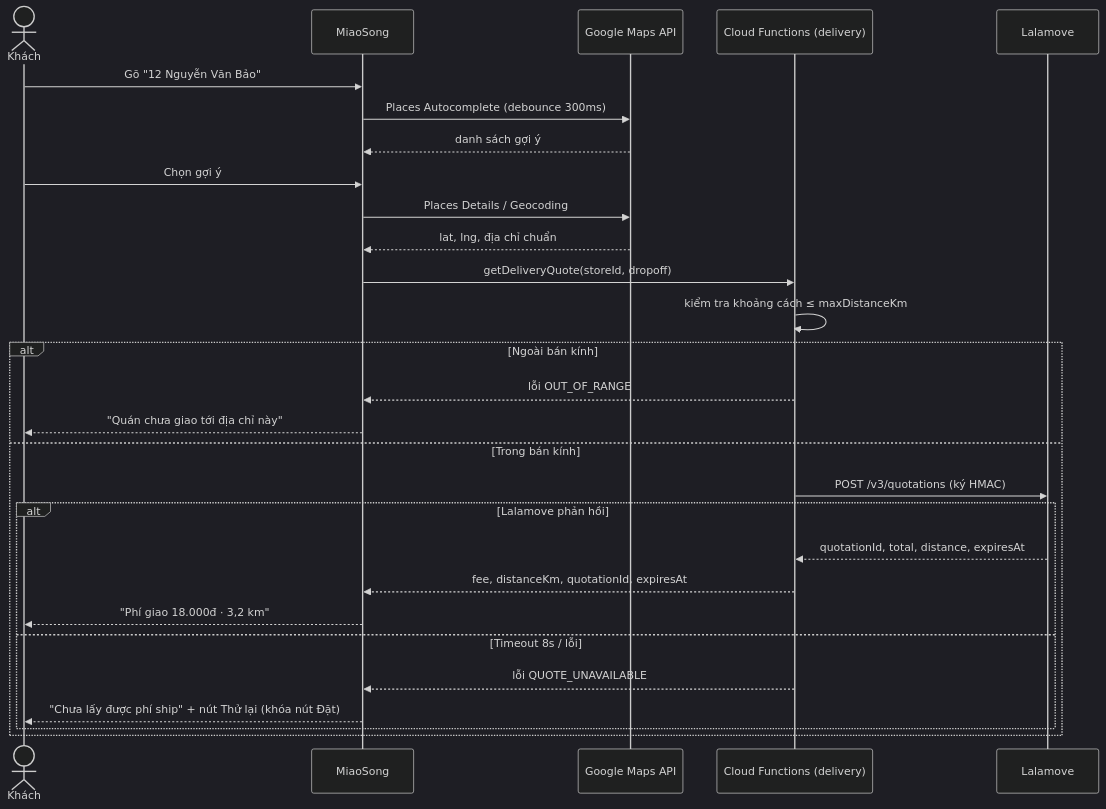
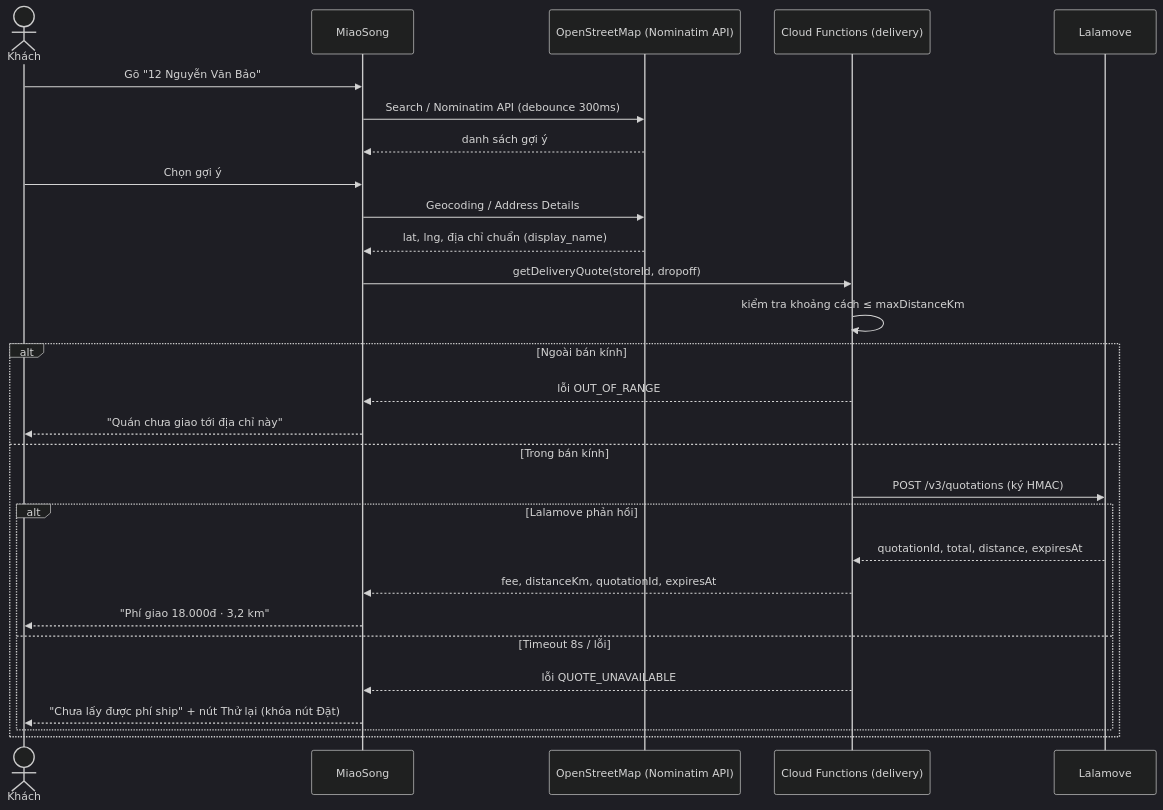
One commit to thanhpino/MobileAppFinalProject-MiaoSong changed the third of 16 diagrams in docs/04-sequence-diagrams.md. Above: the diagram before and after it, drawn with Mermaid (dark theme). The commit also changed other lines of this file and 51 other files, not shown here.

Commit message:
- completed class diagrams - completed activity diagrams - completed use case diagrams - completed test plans - adjusted the sequence diagrams from TMT after changing from vnpay to zalopay, and ggmap to openstreetmap

````diff
--- a/docs/04-sequence-diagrams.md
+++ b/docs/04-sequence-diagrams.md
@@ -93,30 +96,30 @@
 ```mermaid
 sequenceDiagram
     actor KH as Khách
     participant APP as MiaoSong
-    participant GM as Google Maps API
+    participant OSM as OpenStreetMap (Nominatim API)
     participant CF as Cloud Functions (delivery)
     participant LL as Lalamove
     KH->>APP: Gõ "12 Nguyễn Văn Bảo"
-    APP->>GM: Places Autocomplete (debounce 300ms)
-    GM-->>APP: danh sách gợi ý
+    APP->>OSM: Search / Nominatim API (debounce 300ms)
+    OSM-->>APP: danh sách gợi ý
     KH->>APP: Chọn gợi ý
-    APP->>GM: Places Details / Geocoding
-    GM-->>APP: lat, lng, địa chỉ chuẩn
+    APP->>OSM: Geocoding / Address Details
+    OSM-->>APP: lat, lng, địa chỉ chuẩn (display_name)
     APP->>CF: getDeliveryQuote(storeId, dropoff)
     CF->>CF: kiểm tra khoảng cách ≤ maxDistanceKm
     alt Ngoài bán kính
         CF-->>APP: lỗi OUT_OF_RANGE
         APP-->>KH: "Quán chưa giao tới địa chỉ này"
     else Trong bán kính
         CF->>LL: POST /v3/quotations (ký HMAC)
         alt Lalamove phản hồi
             LL-->>CF: quotationId, total, distance, expiresAt
             CF-->>APP: fee, distanceKm, quotationId, expiresAt
             APP-->>KH: "Phí giao 18.000đ · 3,2 km"
         else Timeout 8s / lỗi
             CF-->>APP: lỗi QUOTE_UNAVAILABLE
             APP-->>KH: "Chưa lấy được phí ship" + nút Thử lại (khóa nút Đặt)
         end
     end
 ```
````
